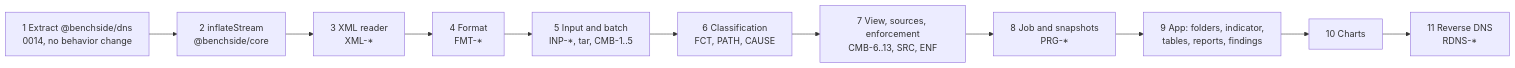
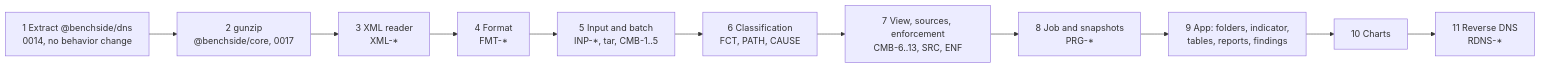
One commit to photom/benchside changed the fourth of 4 diagrams in docs/explanation/dmarc-aggregate-architecture.md. Above: the diagram before and after it, drawn with Mermaid. The commit also changed other lines of this file and 10 other files, not shown here.

First line of the commit message:
Add gunzip to @benchside/core (step 2, ADR 0017) (#24)

````diff
--- a/docs/explanation/dmarc-aggregate-architecture.md
+++ b/docs/explanation/dmarc-aggregate-architecture.md
@@ -125,13 +125,13 @@
 ```mermaid
 flowchart LR
-  s1["1 Extract @benchside/dns<br/>0014, no behavior change"] --> s2["2 inflateStream<br/>@benchside/core"]
+  s1["1 Extract @benchside/dns<br/>0014, no behavior change"] --> s2["2 gunzip<br/>@benchside/core, 0017"]
   s2 --> s3["3 XML reader<br/>XML-*"]
   s3 --> s4["4 Format<br/>FMT-*"]
   s4 --> s5["5 Input and batch<br/>INP-*, tar, CMB-1..5"]
   s5 --> s6["6 Classification<br/>FCT, PATH, CAUSE"]
   s6 --> s7["7 View, sources, enforcement<br/>CMB-6..13, SRC, ENF"]
   s7 --> s8["8 Job and snapshots<br/>PRG-*"]
   s8 --> s9["9 App: folders, indicator,<br/>tables, reports, findings"]
   s9 --> s10["10 Charts"]
   s10 --> s11["11 Reverse DNS<br/>RDNS-*"]
 ```
````
